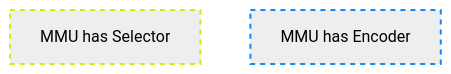
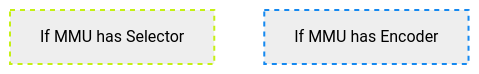
Before and after one commit to 3DCoded/Happy-Hare: the second of 2 diagrams in MMU-Calibration.md, drawn with Mermaid (neutral theme). The commit also changed other lines of this file, not shown here.

````diff
--- a/MMU-Calibration.md
+++ b/MMU-Calibration.md
@@ -38,8 +38,8 @@
 ```mermaid
 graph TD;
-    LINEAR_SELECTOR["MMU has Selector"]
-    ENCODER["MMU has Encoder"]
+    LINEAR_SELECTOR["If MMU has Selector"]
+    ENCODER["If MMU has Encoder"]
 
     style LINEAR_SELECTOR stroke-dasharray: 5 5, stroke:#c5f015, stroke-width:2px
     style ENCODER stroke-dasharray: 5 5, stroke:#1589f0, stroke-width:2px
 ```
````
